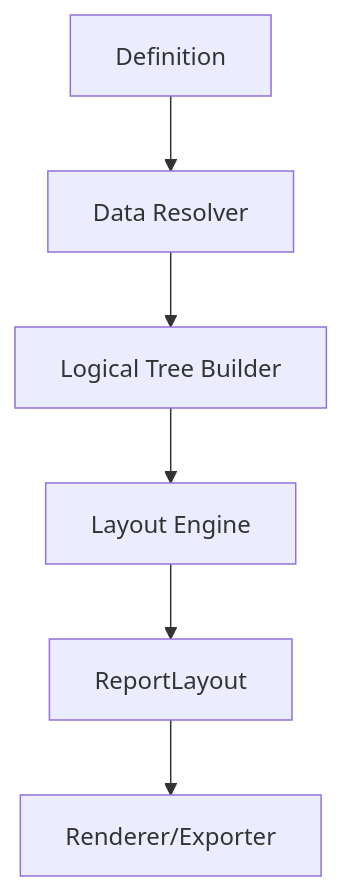
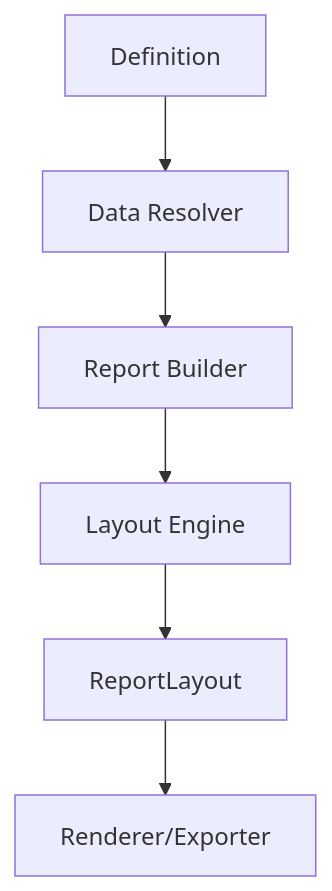
The diagram in docs/07-extension-points.md (Netcodr81/kinetic-reports), drawn with Mermaid before and after one commit. The commit also changed other lines of this file and 14 other files, not shown here.

````diff
--- a/docs/07-extension-points.md
+++ b/docs/07-extension-points.md
@@ -19,8 +19,8 @@
 ```mermaid
 flowchart TB
 	A[Definition] --> B[Data Resolver]
-	B --> C[Logical Tree Builder]
+	B --> C[Report Builder]
 	C --> D[Layout Engine]
 	D --> E[ReportLayout]
 	E --> F[Renderer/Exporter]
 ```
````
